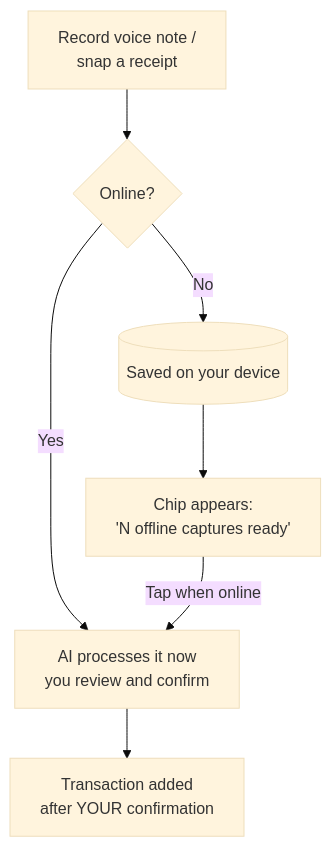
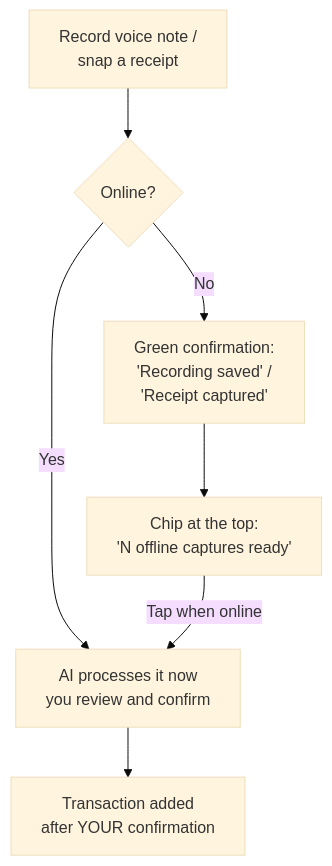
The third of 3 diagrams in docs/OFFLINE_GUIDE.md (MohamedMousa007/buddget), drawn with Mermaid (base theme) before and after one commit. The commit also changed other lines of this file, not shown here.

Commit message:
docs: update offline guide with ledger-first SMS, waiting-to-sync cards, push-then-pull sync, privacy wipe

````diff
--- a/docs/OFFLINE_GUIDE.md
+++ b/docs/OFFLINE_GUIDE.md
@@ -58,9 +65,9 @@
 ```mermaid
 flowchart TD
     A[Record voice note /\nsnap a receipt] --> B{Online?}
     B -- Yes --> C[AI processes it now\nyou review and confirm]
-    B -- No --> D[(Saved on your device)]
-    D --> E[Chip appears:\n'N offline captures ready']
+    B -- No --> D[Green confirmation:\n'Recording saved' /\n'Receipt captured']
+    D --> E[Chip at the top:\n'N offline captures ready']
     E -- Tap when online --> C
     C --> F[Transaction added\nafter YOUR confirmation]
 ```
````
